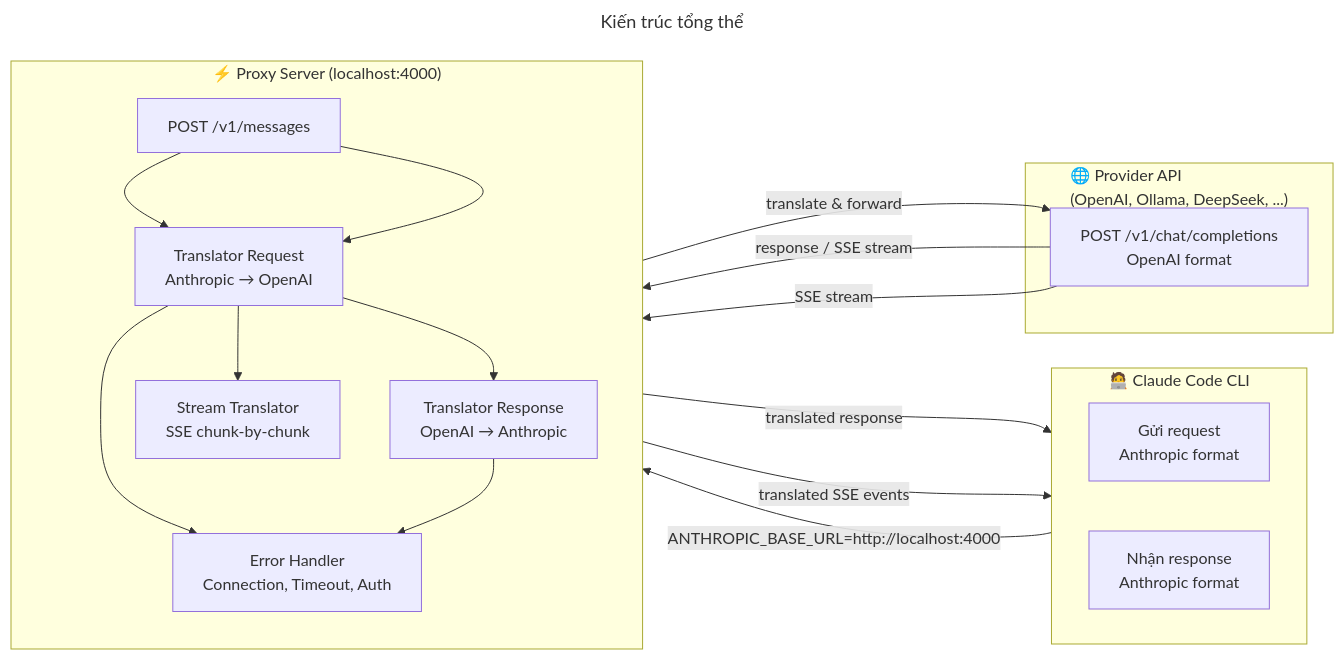
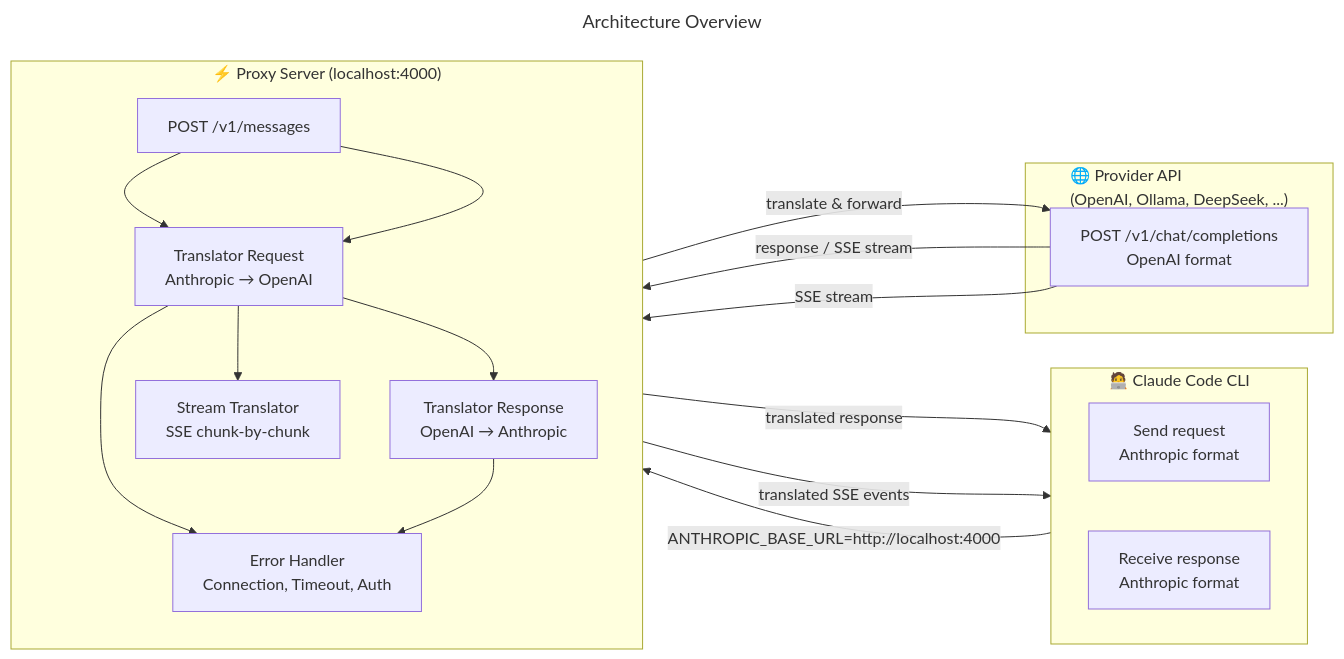
One commit to nbhson/claude-code-free changed the first of 3 diagrams in README.md. Above: the diagram before and after it, drawn with Mermaid. The commit also changed other lines of this file, not shown here.

````diff
--- a/README.md
+++ b/README.md
@@ -7,35 +7,35 @@
 ```mermaid
 ---
-title: Kiến trúc tổng thể
+title: Architecture Overview
 ---
 flowchart LR
     subgraph CLI["🧑‍💻 Claude Code CLI"]
         direction LR
-        A1[Gửi request\nAnthropic format]
-        A2[Nhận response\nAnthropic format]
+        A1[Send request\nAnthropic format]
+        A2[Receive response\nAnthropic format]
     end
 
     subgraph Proxy["⚡ Proxy Server (localhost:4000)"]
         direction TB
         B0[POST /v1/messages]
         B1["Translator Request\nAnthropic → OpenAI"]
         B2["Translator Response\nOpenAI → Anthropic"]
         B3["Stream Translator\nSSE chunk-by-chunk"]
         B4[Error Handler\nConnection, Timeout, Auth]
         B0 --> B1 --> B2
         B0 --> B1 --> B3
         B1 --> B4
         B2 --> B4
     end
 
     subgraph Provider["🌐 Provider API\n(OpenAI, Ollama, DeepSeek, ...)"]
         C["POST /v1/chat/completions\nOpenAI format"]
     end
 
     A1 -- "ANTHROPIC_BASE_URL=http://localhost:4000" --> B0
     B1 -- "translate & forward" --> C
     C -- "response / SSE stream" --> B2
     C -- "SSE stream" --> B3
     B2 -- "translated response" --> A2
     B3 -- "translated SSE events" --> A2
 ```
````
